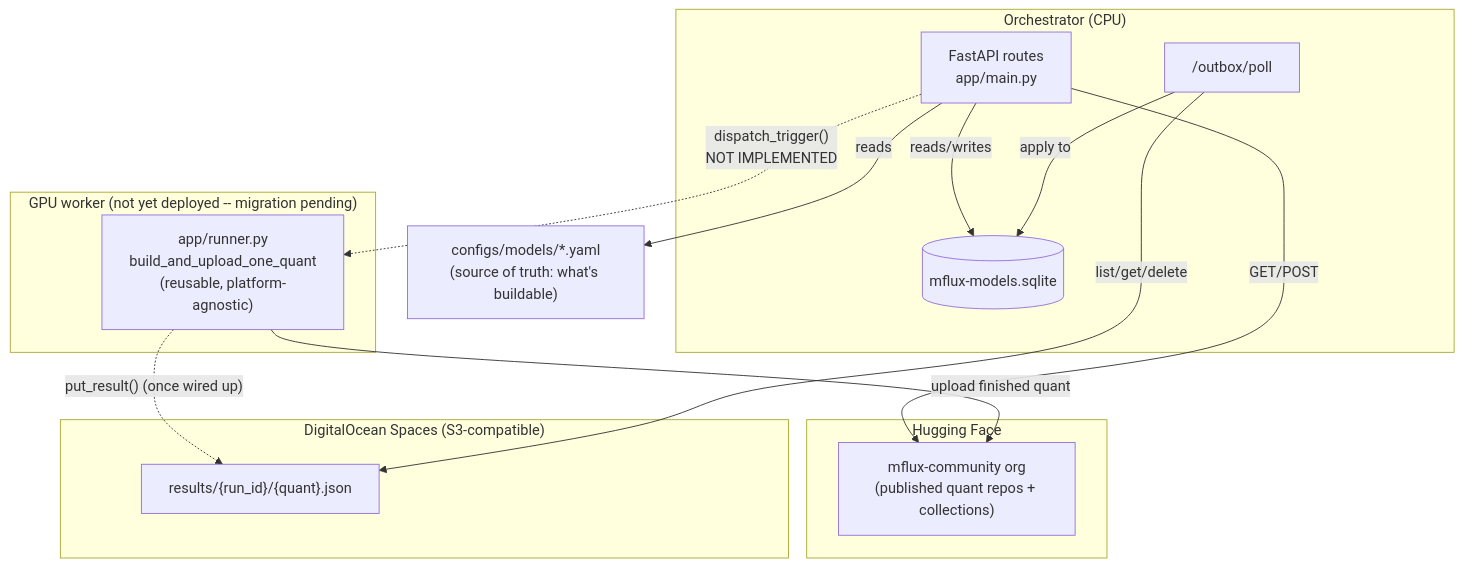
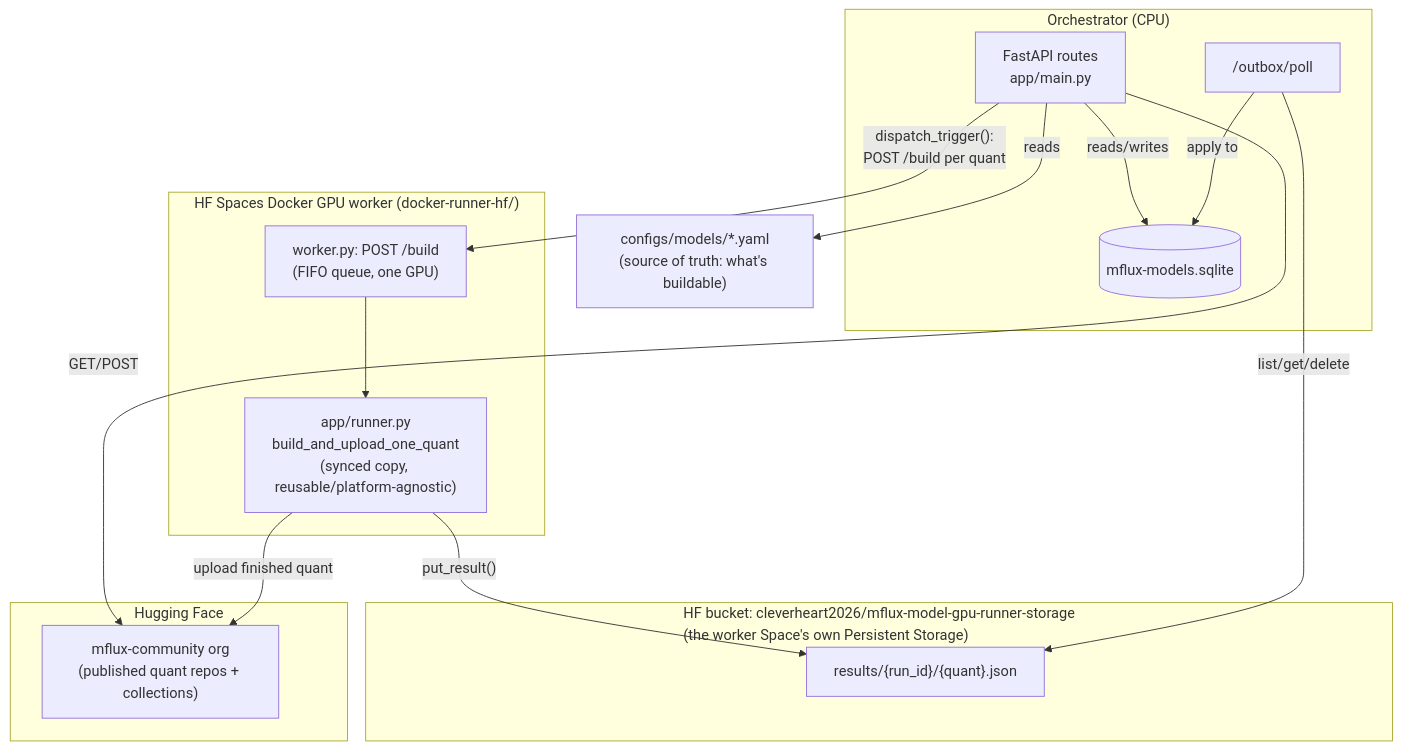
Before and after one commit to ianscrivener/mflux-runpod: the first of 2 diagrams in docs/ARCHITECTURE.md, drawn with Mermaid. The commit also changed other lines of this file and 21 other files, not shown here.

````diff
--- a/docs/ARCHITECTURE.md
+++ b/docs/ARCHITECTURE.md
@@ -30,31 +35,33 @@
 ```mermaid
 flowchart TB
     subgraph HF["Hugging Face"]
         HFORG["mflux-community org<br/>(published quant repos + collections)"]
     end
 
     subgraph Orch["Orchestrator (CPU)"]
         API["FastAPI routes<br/>app/main.py"]
         DB[("mflux-models.sqlite")]
         OutboxPoll["/outbox/poll"]
     end
 
-    subgraph DO["DigitalOcean Spaces (S3-compatible)"]
+    subgraph Bucket["HF bucket: cleverheart2026/mflux-model-gpu-runner-storage<br/>(the worker Space's own Persistent Storage)"]
         Outbox["results/{run_id}/{quant}.json"]
     end
 
-    subgraph Runner["GPU worker (not yet deployed -- migration pending)"]
-        Build["app/runner.py<br/>build_and_upload_one_quant<br/>(reusable, platform-agnostic)"]
+    subgraph Worker["HF Spaces Docker GPU worker (docker-runner-hf/)"]
+        HTTP["worker.py: POST /build<br/>(FIFO queue, one GPU)"]
+        Build["app/runner.py<br/>build_and_upload_one_quant<br/>(synced copy, reusable/platform-agnostic)"]
     end
 
     Config["configs/models/*.yaml<br/>(source of truth: what's buildable)"]
 
     API -- "reads" --> Config
     API -- "GET/POST" --> HFORG
     API -- "reads/writes" --> DB
-    API -. "dispatch_trigger()<br/>NOT IMPLEMENTED" .-> Build
+    API -- "dispatch_trigger():<br/>POST /build per quant" --> HTTP
+    HTTP --> Build
     Build -- "upload finished quant" --> HFORG
-    Build -. "put_result() (once wired up)" .-> Outbox
+    Build -- "put_result()" --> Outbox
     OutboxPoll -- "list/get/delete" --> Outbox
     OutboxPoll -- "apply to" --> DB
 ```
````
